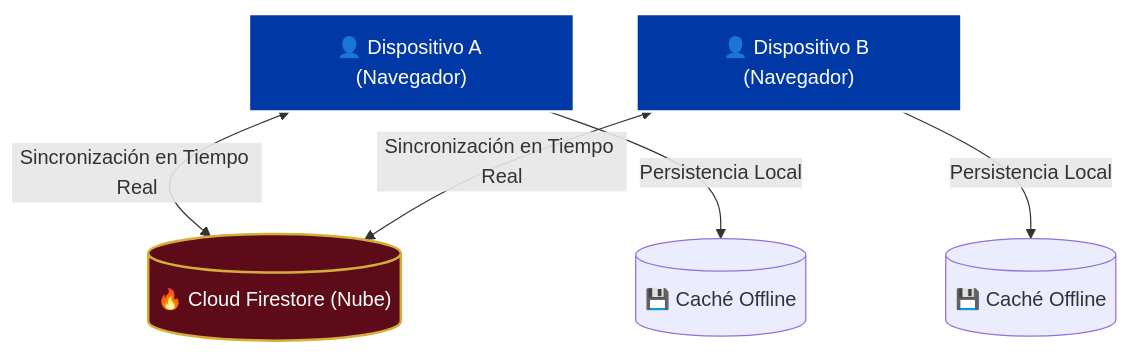
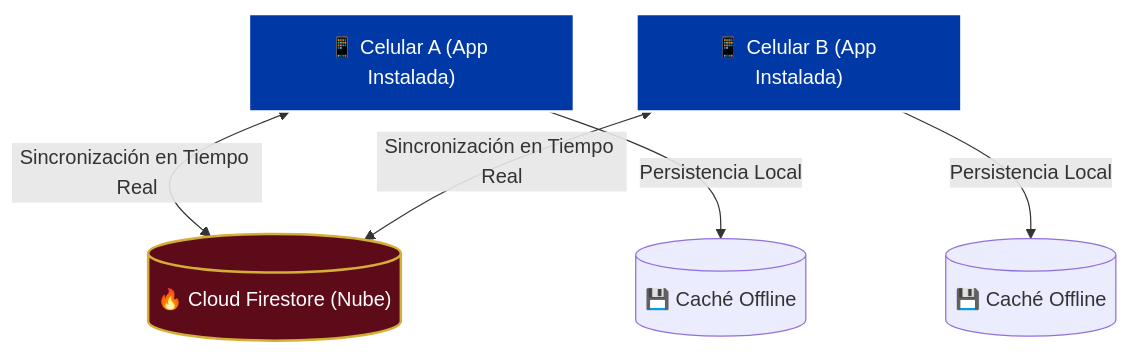
One commit to AgusAmor/mis-fibus changed the diagram in README.md. Above: the diagram before and after it, drawn with Mermaid. The commit also changed other lines of this file, not shown here.

````diff
--- a/README.md
+++ b/README.md
@@ -56,13 +57,13 @@
 ```mermaid
 graph TD
     %% Estilos de Nodos
     style FS fill:#5E0B19,stroke:#D4AF37,stroke-width:2px,color:#fff
     style A fill:#0039A6,stroke:#fff,stroke-width:2px,color:#fff
     style B fill:#0039A6,stroke:#fff,stroke-width:2px,color:#fff
 
-    A["👤 Dispositivo A (Navegador)"] <-->|Sincronización en Tiempo Real| FS[("🔥 Cloud Firestore (Nube)")]
-    B["👤 Dispositivo B (Navegador)"] <-->|Sincronización en Tiempo Real| FS
+    A["📱 Celular A (App Instalada)"] <-->|Sincronización en Tiempo Real| FS[("🔥 Cloud Firestore (Nube)")]
+    B["📱 Celular B (App Instalada)"] <-->|Sincronización en Tiempo Real| FS
     
     A -->|Persistencia Local| CA[("💾 Caché Offline")]
     B -->|Persistencia Local| CB[("💾 Caché Offline")]
 ```
````
